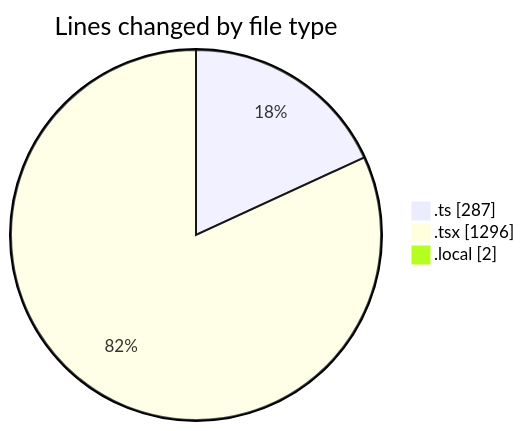
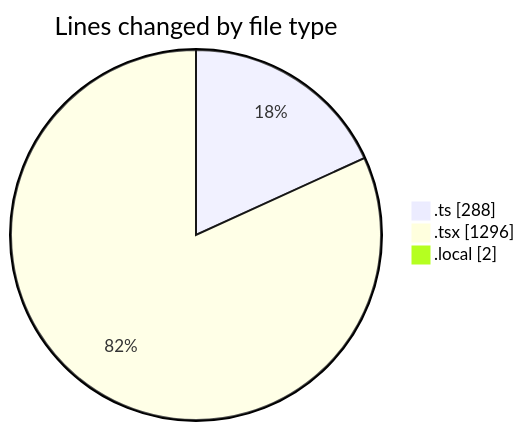
The first of 2 diagrams in 2025-10-28/eventscop-frontend-guide__workspace_/README.md (julien-gomy/code-tracking), drawn with Mermaid before and after one commit. The commit also changed other lines of this file and 1 other file, not shown here.

````diff
--- a/2025-10-28/eventscop-frontend-guide__workspace_/README.md
+++ b/2025-10-28/eventscop-frontend-guide__workspace_/README.md
@@ -31,7 +31,7 @@
 ```mermaid
 pie showData
 title Lines changed by file type
-".ts" : 287
+".ts" : 288
 ".tsx" : 1296
 ".local" : 2
 ```
````
